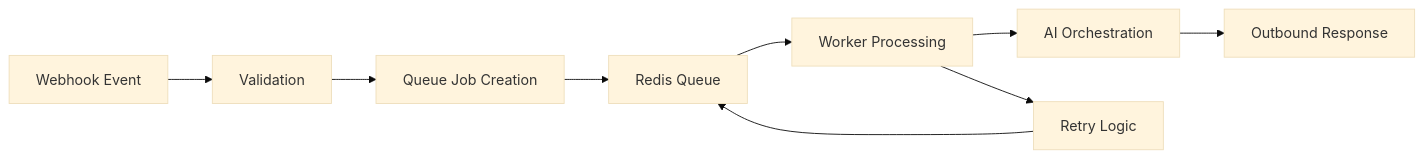
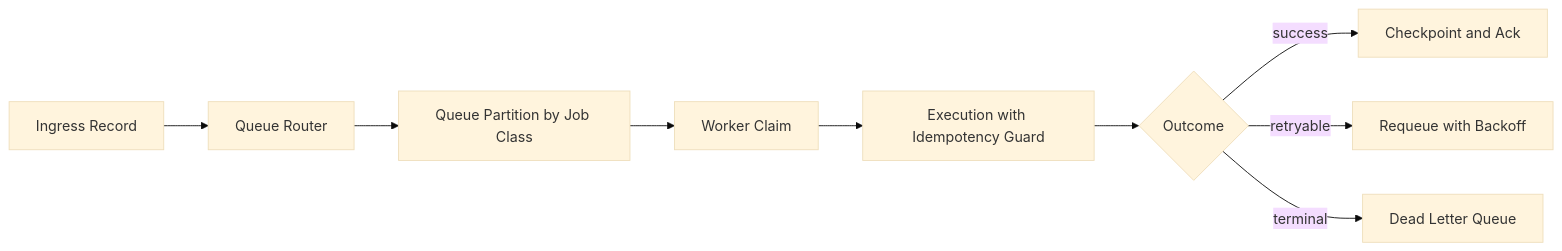
One commit to Ahsankhalid618/ai-automation-system-design changed the diagram in architecture/queue-processing.md. Above: the diagram before and after it, drawn with Mermaid (base theme). The commit also changed other lines of this file and 15 other files, not shown here.

````diff
--- a/architecture/queue-processing.md
+++ b/architecture/queue-processing.md
@@ -22,19 +36,11 @@
 ```mermaid
 flowchart LR
-
-A[Webhook Event] --> B[Validation]
-
-B --> C[Queue Job Creation]
-
-C --> D[Redis Queue]
-
-D --> E[Worker Processing]
-
-E --> F[AI Orchestration]
-
-F --> G[Outbound Response]
-
-E --> H[Retry Logic]
-
-H --> D
+  A[Ingress Record] --> B[Queue Router]
+  B --> C[Queue Partition by Job Class]
+  C --> D[Worker Claim]
+  D --> E[Execution with Idempotency Guard]
+  E --> F{Outcome}
+  F -->|success| G[Checkpoint and Ack]
+  F -->|retryable| H[Requeue with Backoff]
+  F -->|terminal| I[Dead Letter Queue]
 ```
````
